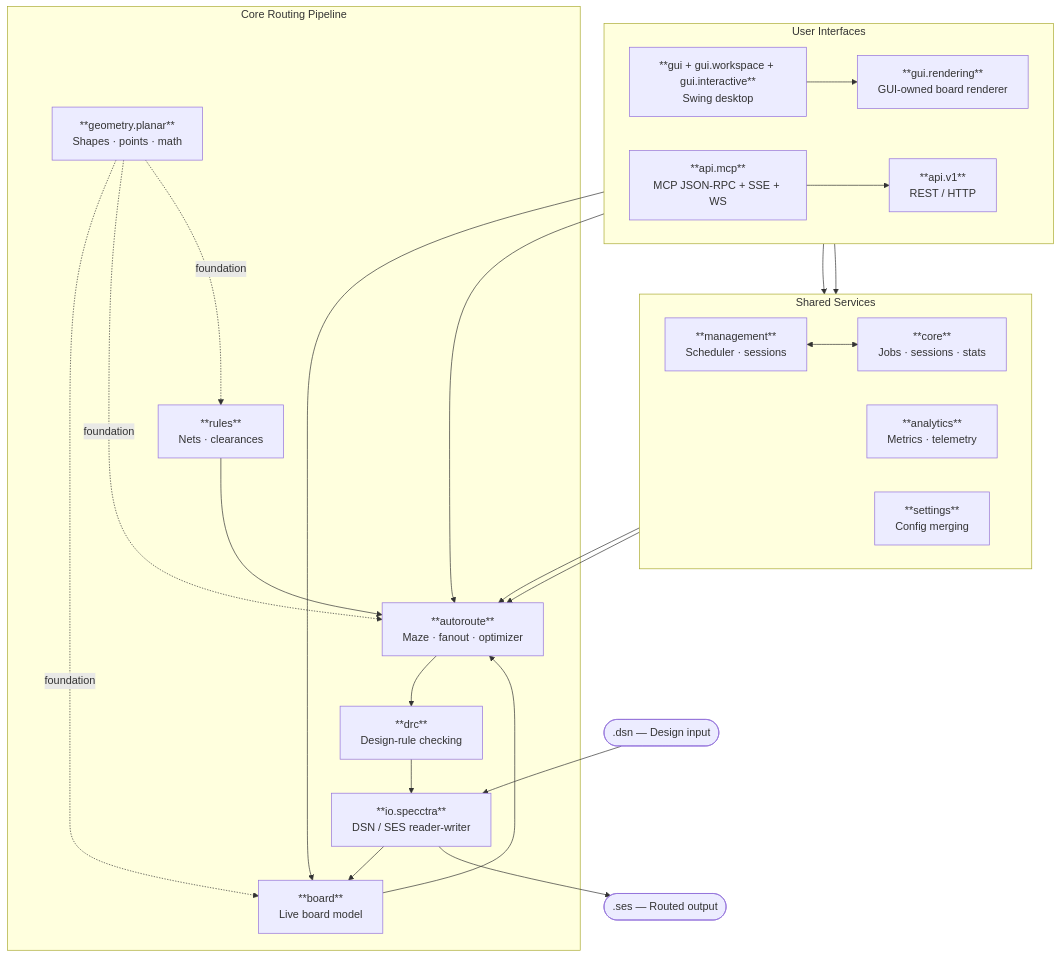
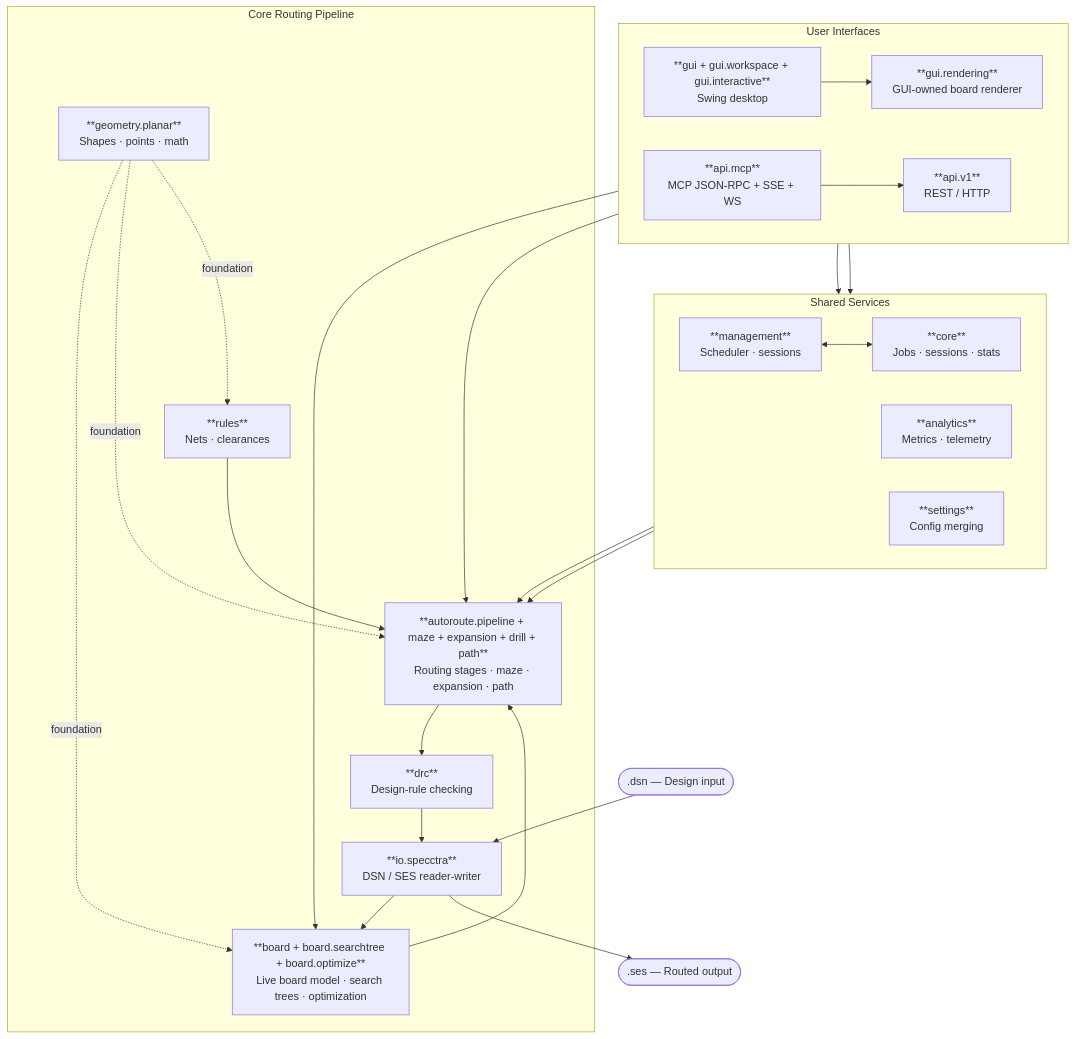
Before and after one commit to freerouting/freerouting: the diagram in docs/architecture.md, drawn with Mermaid. The commit also changed other lines of this file and 141 other files, not shown here.

First line of the commit message:
Split routing and board subsystems into focused packages

````diff
--- a/docs/architecture.md
+++ b/docs/architecture.md
@@ -15,47 +15,47 @@
 ```mermaid
 flowchart TD
     DSN([".dsn — Design input"])
     SES([".ses — Routed output"])
 
     subgraph interfaces ["User Interfaces"]
         direction LR
         GUI["**gui + gui.workspace + gui.interactive**\nSwing desktop"]
         RENDER["**gui.rendering**\nGUI-owned board renderer"]
         API["**api.v1**\nREST / HTTP"]
         MCP["**api.mcp**\nMCP JSON-RPC + SSE + WS"]
     end
 
     subgraph services ["Shared Services"]
         direction LR
         MGMT["**management**\nScheduler · sessions"]
         ANALYTICS["**analytics**\nMetrics · telemetry"]
         CORE["**core**\nJobs · sessions · stats"]
         CFG["**settings**\nConfig merging"]
     end
 
     subgraph pipeline ["Core Routing Pipeline"]
         IO["**io.specctra**\nDSN / SES reader-writer"]
-        BOARD["**board**\nLive board model"]
+        BOARD["**board + board.searchtree + board.optimize**\nLive board model · search trees · optimization"]
         RULES["**rules**\nNets · clearances"]
-        AR["**autoroute**\nMaze · fanout · optimizer"]
+        AR["**autoroute.pipeline + maze + expansion + drill + path**\nRouting stages · maze · expansion · path"]
         DRC["**drc**\nDesign-rule checking"]
         GEO["**geometry.planar**\nShapes · points · math"]
     end
 
     DSN --> IO --> BOARD
     RULES --> AR
     BOARD --> AR
     AR --> DRC --> IO --> SES
     GEO -. foundation .-> BOARD
     GEO -. foundation .-> AR
     GEO -. foundation .-> RULES
 
     GUI --> MGMT
     GUI --> RENDER --> BOARD
     RENDER --> AR
     API --> MGMT
     MCP --> API
     MGMT <--> CORE
     CFG --> AR
     CORE --> AR
 ```
````
